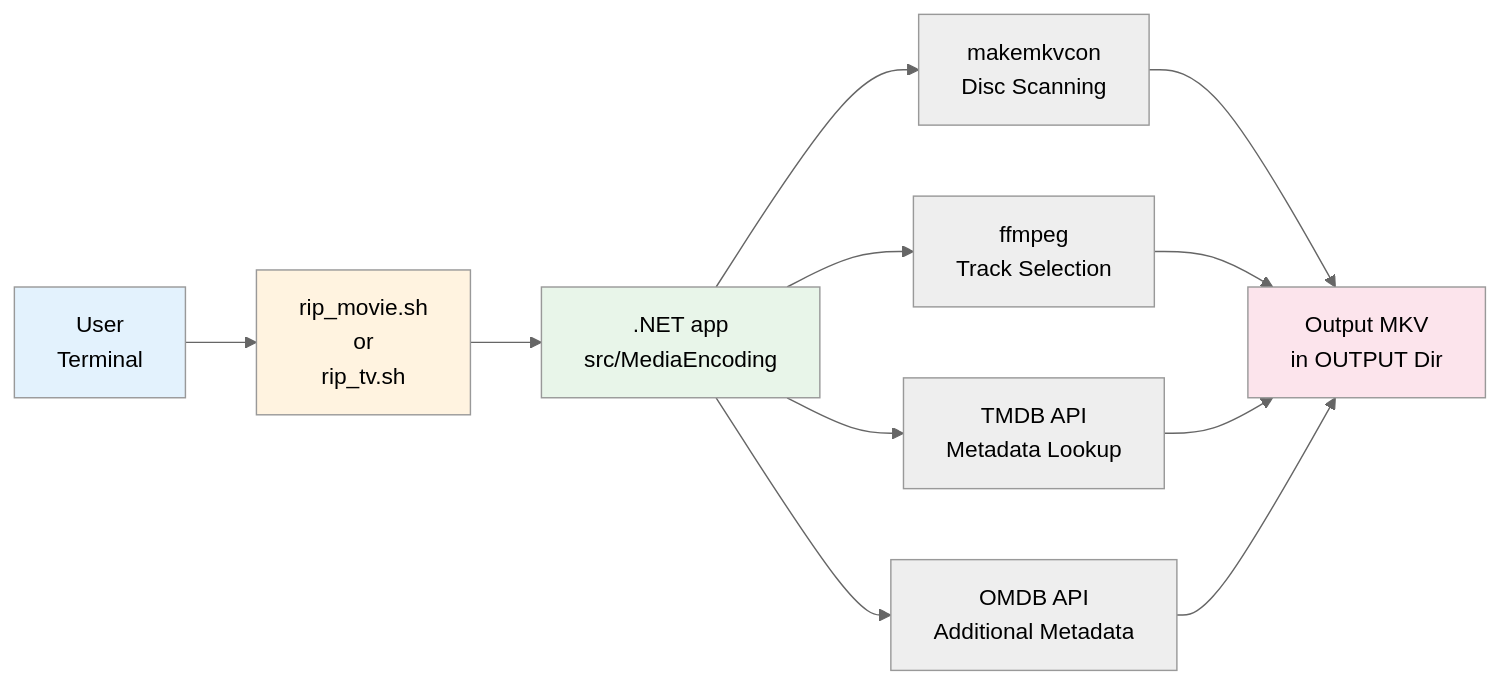
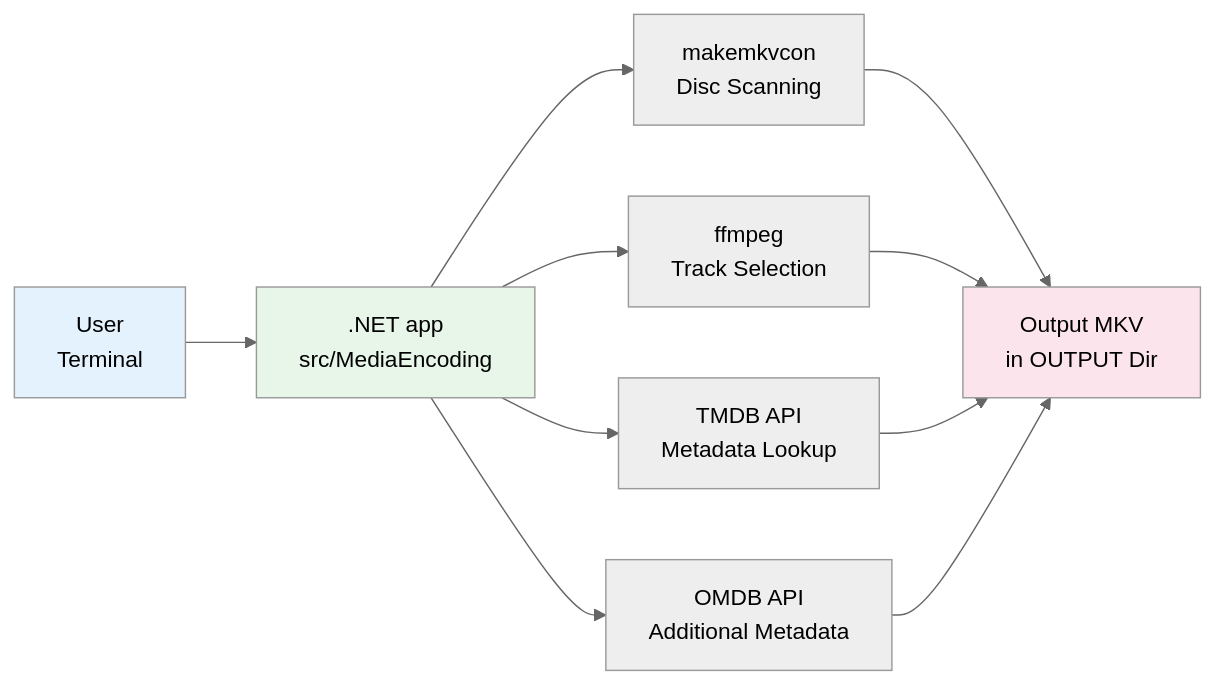
Before and after one commit to mapitman/ripsharp: the second of 3 diagrams in README.md, drawn with Mermaid (neutral theme). The commit also changed other lines of this file and 5 other files, not shown here.

````diff
--- a/README.md
+++ b/README.md
@@ -329,18 +305,16 @@
 ```mermaid
 flowchart LR
-   User["User<br/>Terminal"] --> Script["rip_movie.sh<br/>or<br/>rip_tv.sh"]
-   Script --> App[".NET app<br/>src/MediaEncoding"]
+   User["User<br/>Terminal"] --> App[".NET app<br/>src/MediaEncoding"]
    App --> MakeMKV["makemkvcon<br/>Disc Scanning"]
    App --> FFmpeg["ffmpeg<br/>Track Selection"]
    App --> TMDB["TMDB API<br/>Metadata Lookup"]
    App --> OMDB["OMDB API<br/>Additional Metadata"]
    MakeMKV --> Output["Output MKV<br/>in OUTPUT Dir"]
    FFmpeg --> Output
    TMDB --> Output
    OMDB --> Output
     
    style User fill:#e3f2fd,color:#000
-   style Script fill:#fff3e0,color:#000
    style App fill:#e8f5e9,color:#000
    style Output fill:#fce4ec,color:#000
 ```
````
